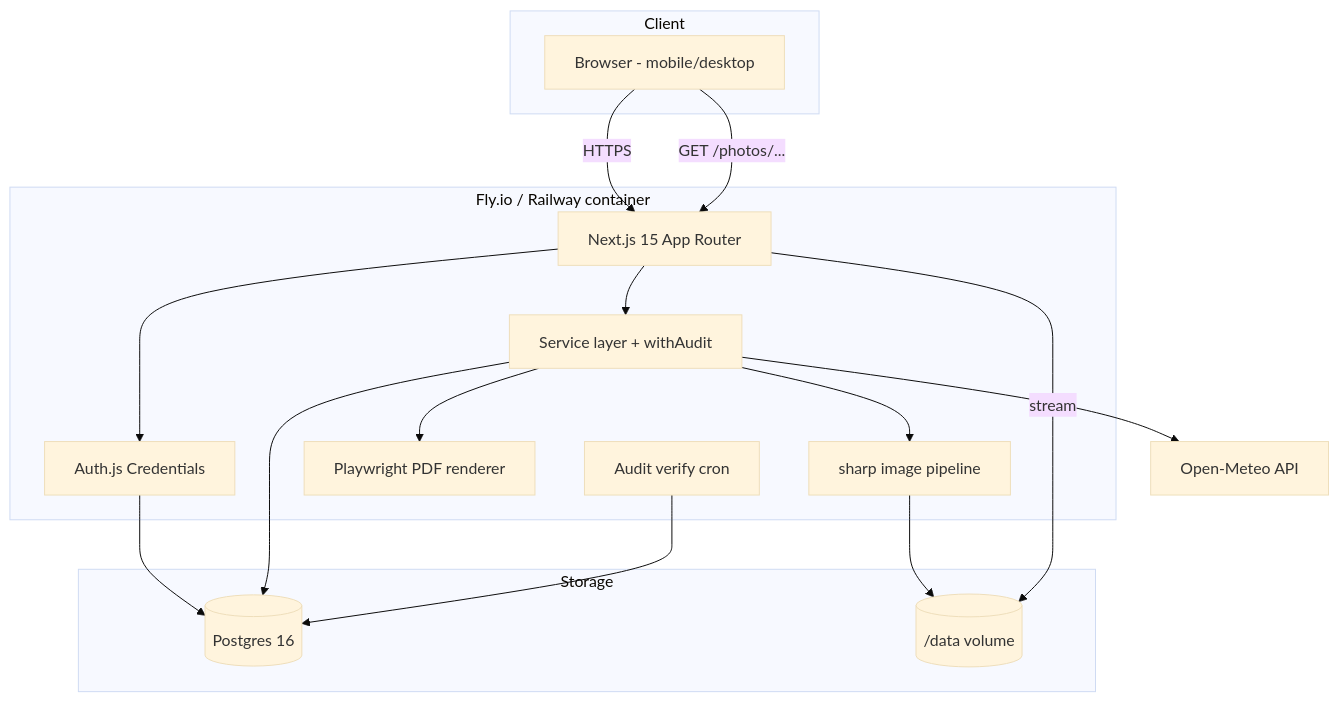
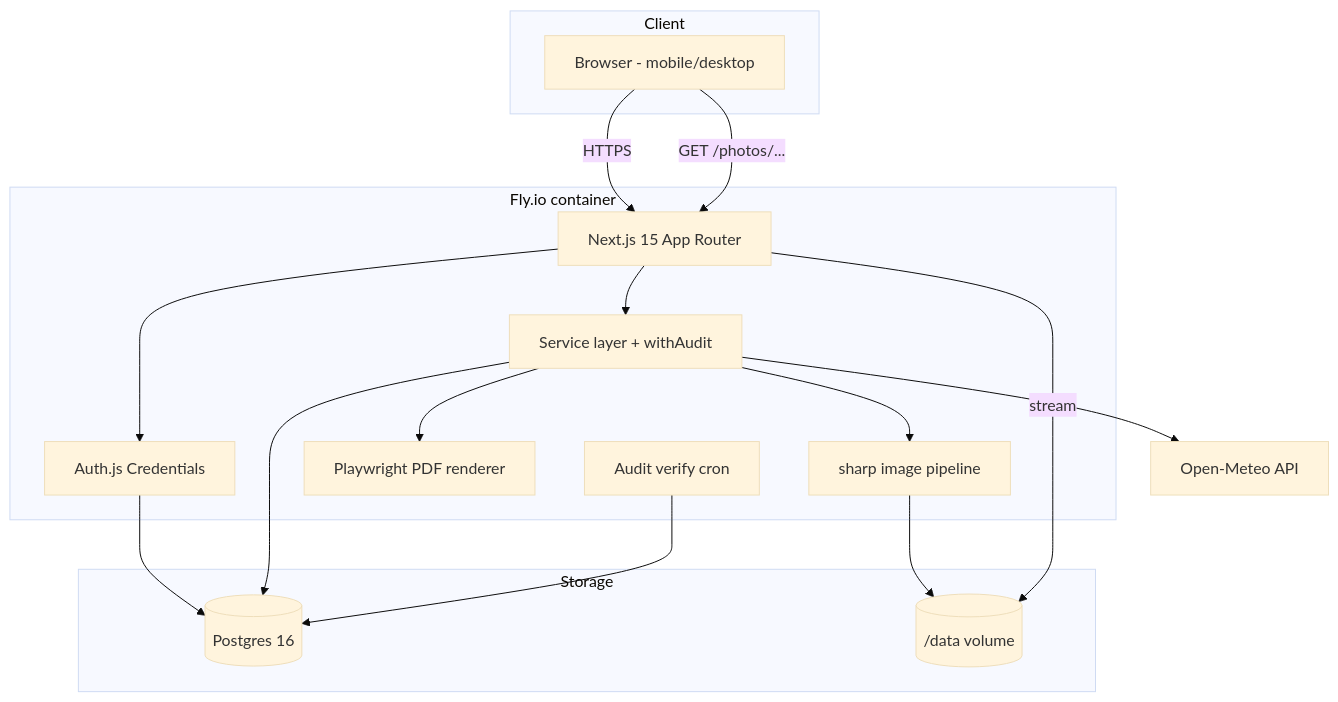
One commit to simontom/stavebni-denik changed the diagram in docs/plan.md. Above: the diagram before and after it, drawn with Mermaid (base theme). The commit also changed other lines of this file and 8 other files, not shown here.

First line of the commit message:
docs: drop Railway references — Fly.io is the only deploy target

````diff
--- a/docs/plan.md
+++ b/docs/plan.md
@@ -108,32 +108,32 @@
 ```mermaid
 graph TD
   subgraph Client
     B[Browser - mobile/desktop]
   end
-  subgraph FlyApp[Fly.io / Railway container]
+  subgraph FlyApp[Fly.io container]
     NX[Next.js 15 App Router]
     AUTH[Auth.js Credentials]
     SVC[Service layer + withAudit]
     IMG[sharp image pipeline]
     PDF[Playwright PDF renderer]
     CRON[Audit verify cron]
   end
   subgraph Storage
     PG[(Postgres 16)]
     VOL[(/data volume)]
   end
   EXT[Open-Meteo API]
 
   B -->|HTTPS| NX
   NX --> AUTH
   AUTH --> PG
   NX --> SVC
   SVC --> PG
   SVC --> IMG
   IMG --> VOL
   SVC --> EXT
   SVC --> PDF
   CRON --> PG
   B -->|GET /photos/...| NX
   NX -->|stream| VOL
 ```
````
